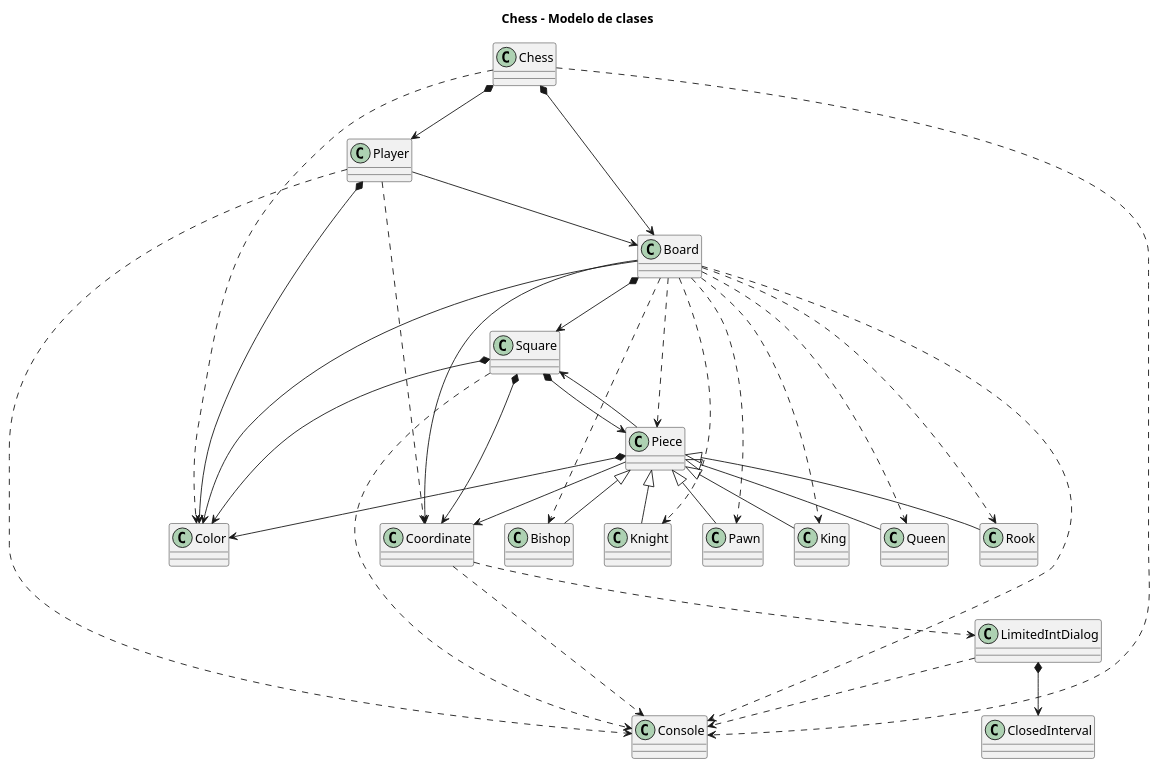
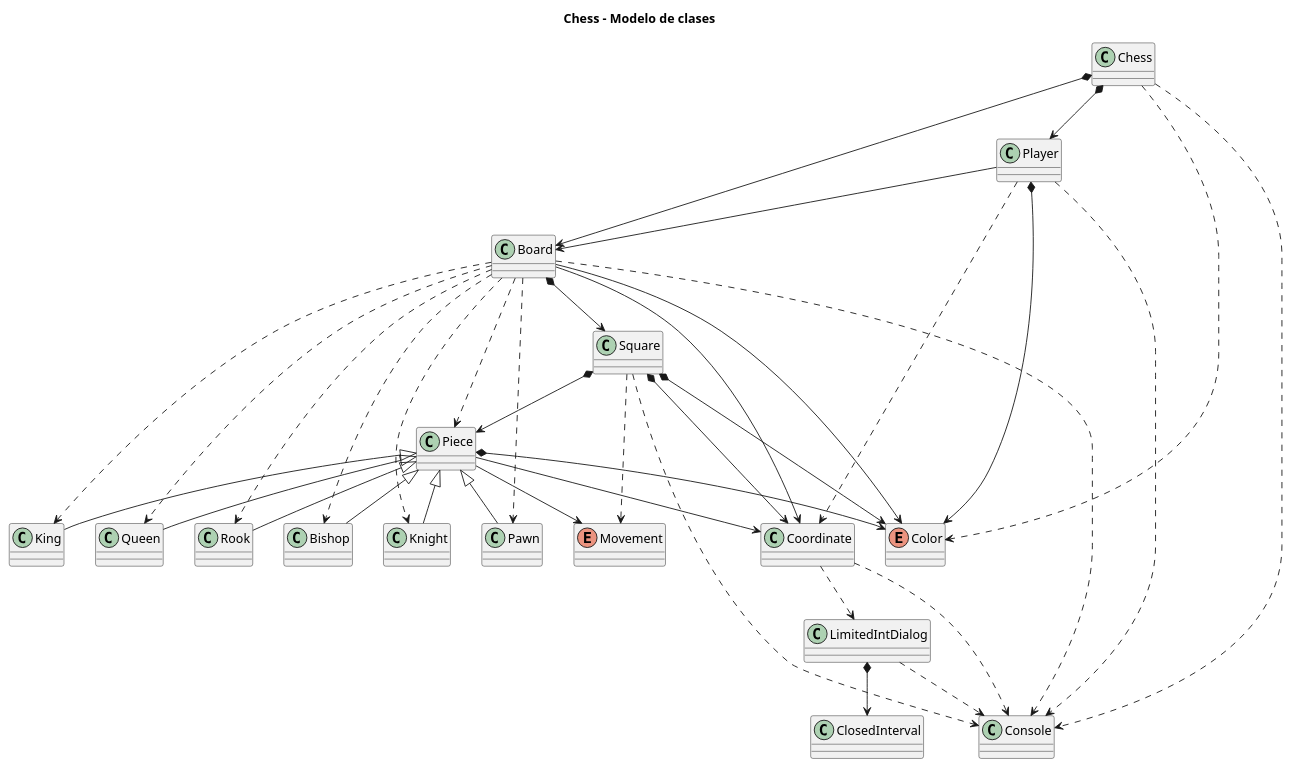
The diagram in chess/diagramas/diagrama-clases.puml (Master-Desarrollo-20-21/ejercicio-4-ajedrez-polimorfismo-menthil), drawn with PlantUML before and after one commit. The commit also changed 9 other files, not shown here.

Commit message:
isValidMovement en Square y Piece

```diff
--- a/chess/diagramas/diagrama-clases.puml
+++ b/chess/diagramas/diagrama-clases.puml
@@ -1,86 +1,89 @@
 @startuml
 
 title Chess - Modelo de clases
 
 Class Chess
 
 Chess *--> Board
 Chess *--> Player
 Chess ..> Color
 Chess ..> Console
 
 Class Board
 
 Board *--> Square
 Board --> Color
 Board --> Coordinate
 Board ..> Piece
 Board ..> King
 Board ..> Queen
 Board ..> Rook
 Board ..> Bishop
 Board ..> Knight
 Board ..> Pawn
 Board ..> Console
 
 Class Player
 
 Player *--> Color
 Player --> Board
 Player ..> Coordinate
 Player ..> Console
 
 Class Console
 
-Class Color
+Enum Color
 
 Class Square
 
 Square *--> Piece
 Square *--> Color
 Square *--> Coordinate
 Square ..> Console
+Square ..> Movement
 
 Class Coordinate
 
 Coordinate ..> Console
 Coordinate ..> LimitedIntDialog
 
+Enum Movement
+
 Class Piece
 
 Piece *--> Color
 Piece --> Coordinate
-Piece --> Square
+Piece --> Movement
 
 Class King
 
 Piece <|-- King
 
 Class Queen
 
 Piece <|-- Queen
 
 Class Rook
 
 Piece <|-- Rook
 
 Class Bishop
 
 Piece <|-- Bishop
 
 Class Knight
 
 Piece <|-- Knight
 
 Class Pawn
 
 Piece <|-- Pawn
 
 Class LimitedIntDialog
 
 LimitedIntDialog *--> ClosedInterval
 LimitedIntDialog ..> Console
 
 Class ClosedInterval
 
 @enduml
```
